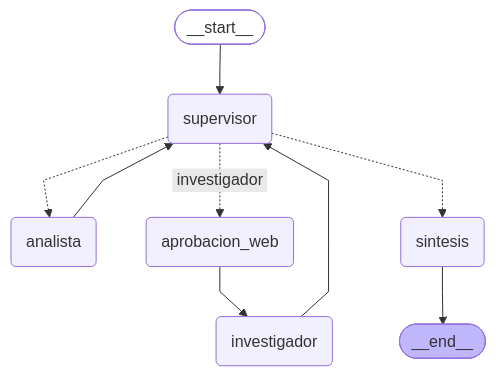
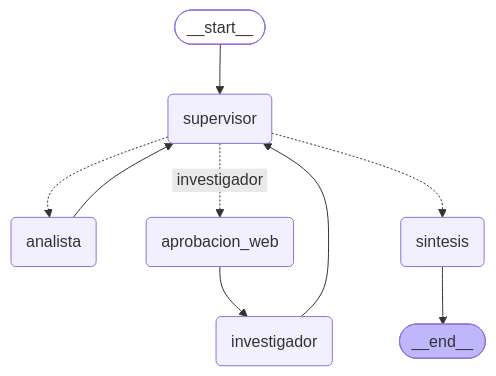
The second of 2 diagrams in README.md (anukvilarasau/entrega-final), drawn with Mermaid before and after one commit. The commit also changed other lines of this file and 44 other files, not shown here.

````diff
--- a/README.md
+++ b/README.md
@@ -94,26 +96,21 @@
 ```mermaid
----
-config:
-  flowchart:
-    curve: linear
----
 graph TD;
 	__start__([<p>__start__</p>]):::first
 	supervisor(supervisor)
 	investigador(investigador)
 	analista(analista)
 	aprobacion_web(aprobacion_web)
 	sintesis(sintesis)
 	__end__([<p>__end__</p>]):::last
 	__start__ --> supervisor;
 	analista --> supervisor;
 	aprobacion_web --> investigador;
 	investigador --> supervisor;
 	supervisor -.-> analista;
 	supervisor -. &nbsp;investigador&nbsp; .-> aprobacion_web;
 	supervisor -.-> sintesis;
 	sintesis --> __end__;
 	classDef default fill:#f2f0ff,line-height:1.2
 	classDef first fill-opacity:0
 	classDef last fill:#bfb6fc
 ```
````
